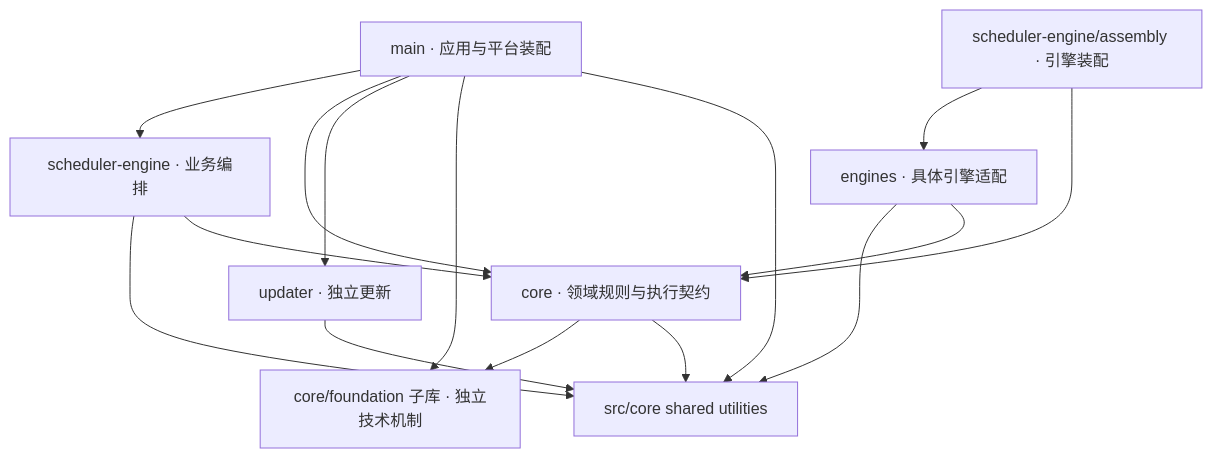
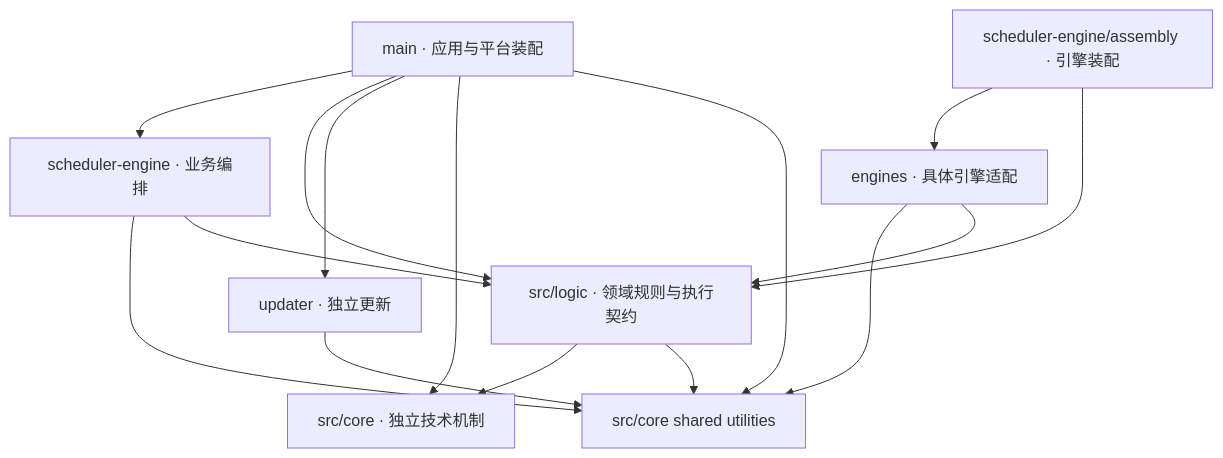
One commit to nan023062/cbim changed the diagram in src/backend/CONTRACT.md. Above: the diagram before and after it, drawn with Mermaid. The commit also changed other lines of this file and 1165 other files, not shown here.

````diff
--- a/src/backend/CONTRACT.md
+++ b/src/backend/CONTRACT.md
@@ -5,17 +5,17 @@
 ```mermaid
 flowchart TB
   Main[main · 应用与平台装配] --> Scheduler[scheduler-engine · 业务编排]
-  Main --> Core[core · 领域规则与执行契约]
+  Main --> Core[src/logic · 领域规则与执行契约]
   Main --> Updater[updater · 独立更新]
-  Main --> Foundations[core/foundation 子库 · 独立技术机制]
+  Main --> Foundations[src/core · 独立技术机制]
   Core --> Foundations
   Main --> Shared[src/core shared utilities]
   Core --> Shared
   Engines --> Shared
   Scheduler --> Shared
   Updater --> Shared
   Scheduler --> Core
   Assembly[scheduler-engine/assembly · 引擎装配] --> Engines[engines · 具体引擎适配]
   Assembly --> Core
   Engines --> Core
 ```
````
